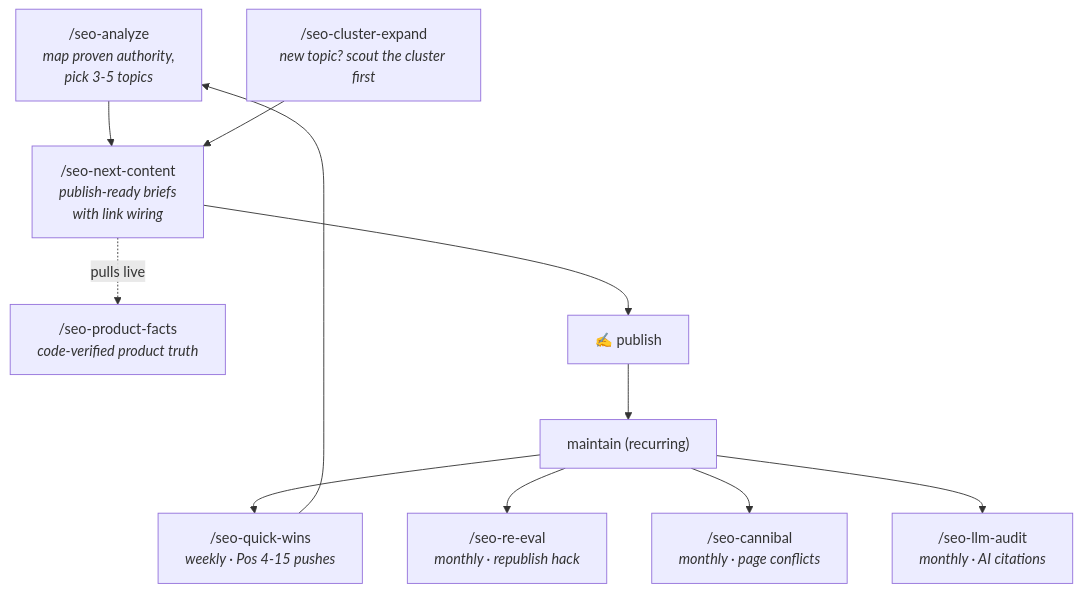
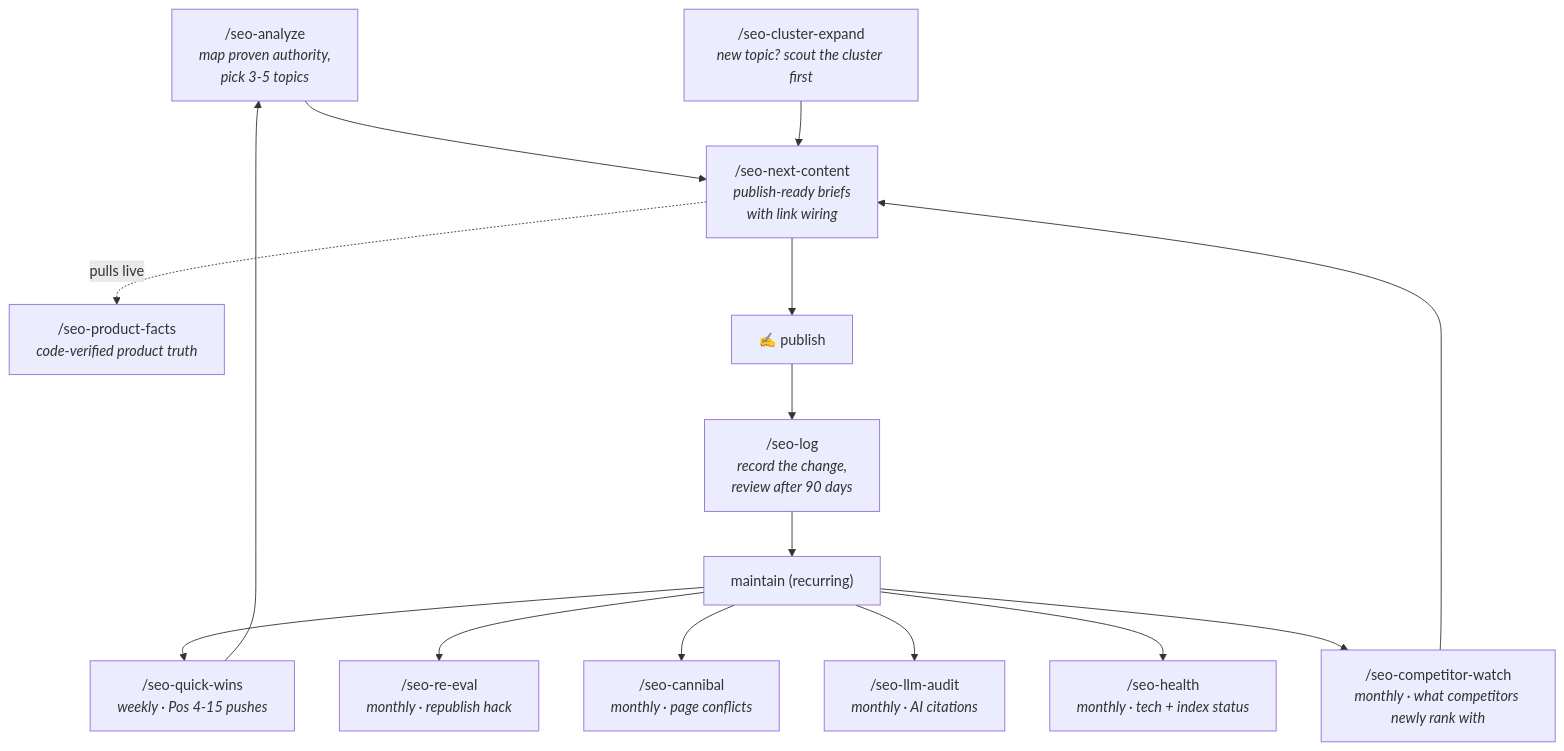
The diagram in docs/workflow.md (mxfschr/claude-code-seo), drawn with Mermaid before and after one commit. The commit also changed other lines of this file and 22 other files, not shown here.

````diff
--- a/docs/workflow.md
+++ b/docs/workflow.md
@@ -5,13 +5,17 @@
 ```mermaid
 flowchart TD
     A["/seo-analyze<br/><i>map proven authority,<br/>pick 3-5 topics</i>"] --> B["/seo-next-content<br/><i>publish-ready briefs<br/>with link wiring</i>"]
     B -.->|"pulls live"| F["/seo-product-facts<br/><i>code-verified product truth</i>"]
     B --> C["✍️ publish"]
-    C --> D["maintain (recurring)"]
+    C --> L["/seo-log<br/><i>record the change,<br/>review after 90 days</i>"]
+    L --> D["maintain (recurring)"]
     D --> D1["/seo-quick-wins<br/><i>weekly · Pos 4-15 pushes</i>"]
     D --> D2["/seo-re-eval<br/><i>monthly · republish hack</i>"]
     D --> D3["/seo-cannibal<br/><i>monthly · page conflicts</i>"]
     D --> D4["/seo-llm-audit<br/><i>monthly · AI citations</i>"]
+    D --> D5["/seo-health<br/><i>monthly · tech + index status</i>"]
+    D --> D6["/seo-competitor-watch<br/><i>monthly · what competitors newly rank with</i>"]
     D1 --> A
+    D6 --> B
     E["/seo-cluster-expand<br/><i>new topic? scout the cluster first</i>"] --> B
 ```
````
